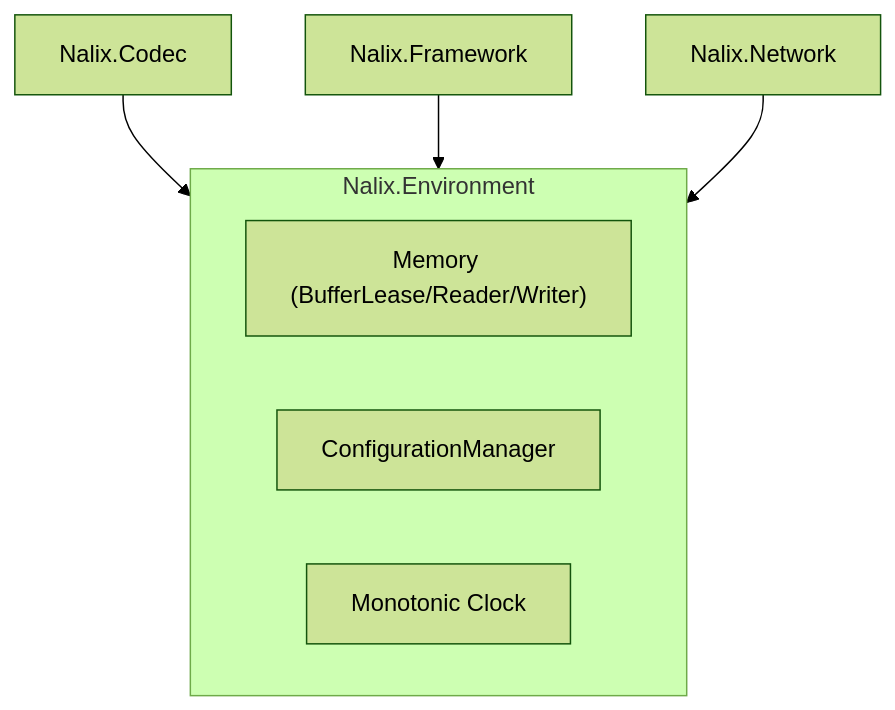
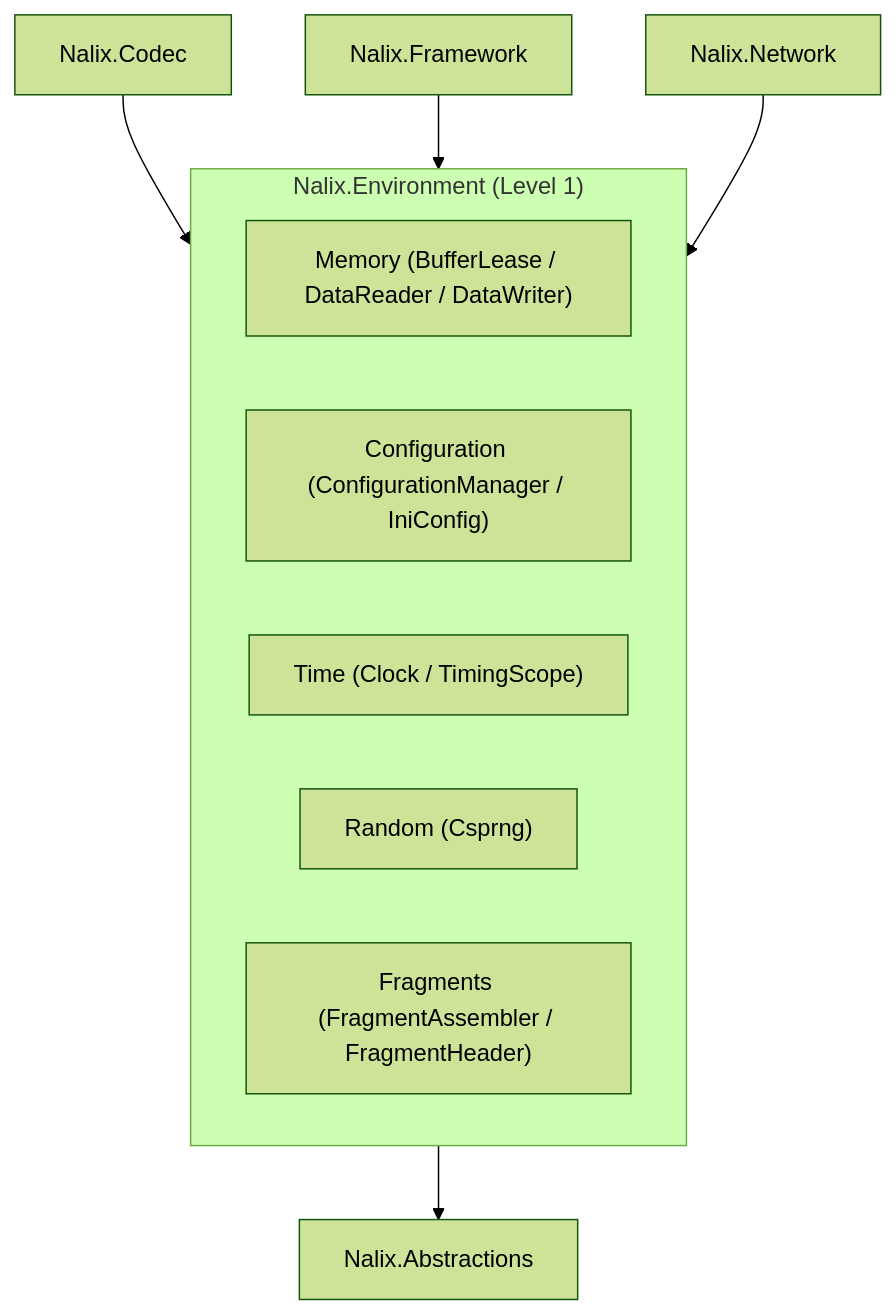
One commit to ppn-systems/nalix-docs changed the diagram in src/content/docs/en-us/packages/nalix-environment.md. Above: the diagram before and after it, drawn with Mermaid (forest theme). The commit also changed other lines of this file and 180 other files, not shown here.

````diff
--- a/src/content/docs/en-us/packages/nalix-environment.md
+++ b/src/content/docs/en-us/packages/nalix-environment.md
@@ -20,12 +22,15 @@
 ```mermaid
 flowchart TD
-    subgraph Base ["Nalix.Environment"]
-        Memory["Memory (BufferLease/Reader/Writer)"]
-        Config["ConfigurationManager"]
-        Time["Monotonic Clock"]
+    subgraph Env ["Nalix.Environment (Level 1)"]
+        Memory["Memory (BufferLease / DataReader / DataWriter)"]
+        Config["Configuration (ConfigurationManager / IniConfig)"]
+        Time["Time (Clock / TimingScope)"]
+        Random["Random (Csprng)"]
+        Fragments["Fragments (FragmentAssembler / FragmentHeader)"]
     end
 
-    Codec["Nalix.Codec"] --> Base
-    Framework["Nalix.Framework"] --> Base
-    Network["Nalix.Network"] --> Base
+    Codec["Nalix.Codec"] --> Env
+    Framework["Nalix.Framework"] --> Env
+    Network["Nalix.Network"] --> Env
+    Env --> Abs["Nalix.Abstractions"]
 ```
````
